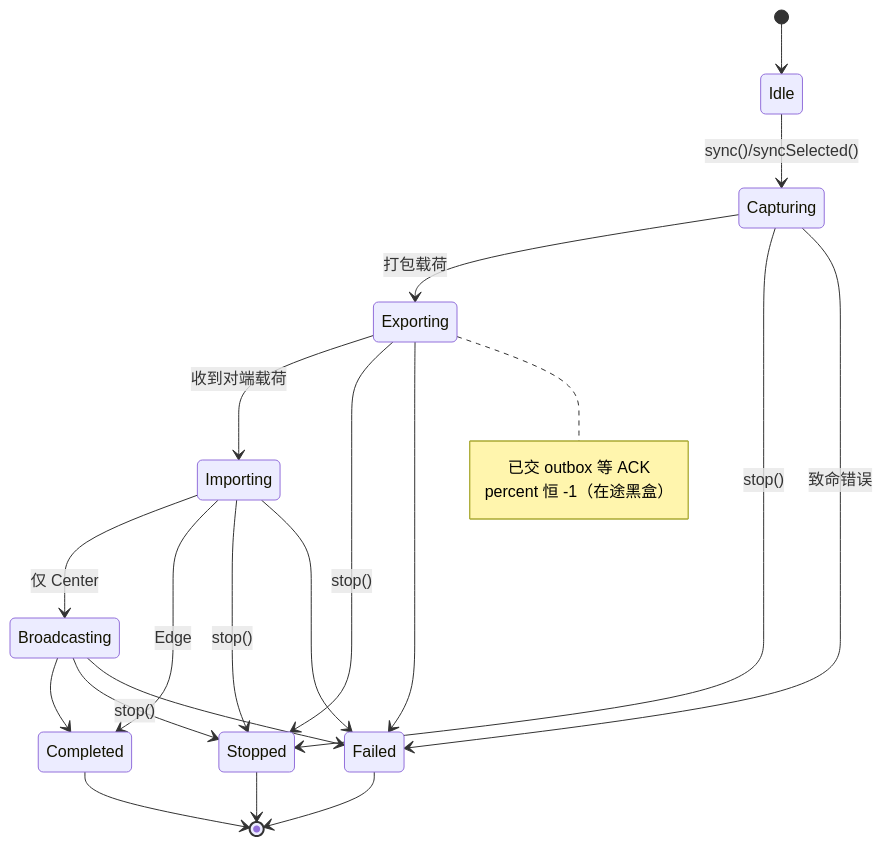
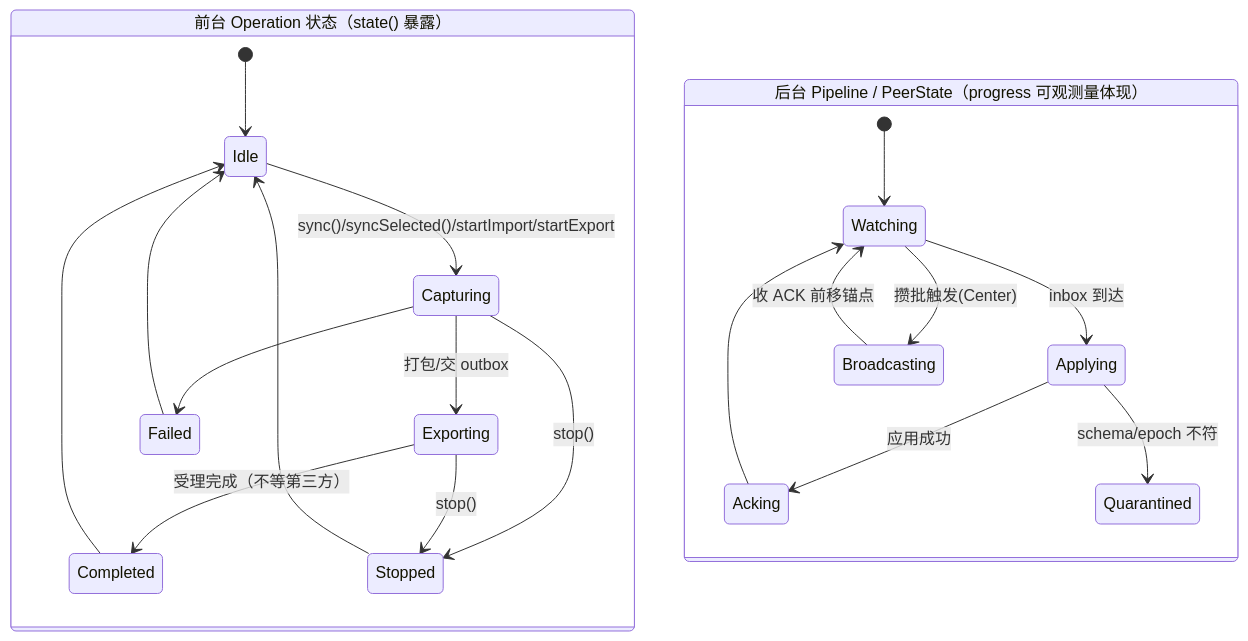
The fifth of 12 diagrams in specs/SQLite-同步工具-设计文档.md (055liufl/excelproject), drawn with Mermaid before and after one commit. The commit also changed other lines of this file, not shown here.

````diff
--- a/specs/SQLite-同步工具-设计文档.md
+++ b/specs/SQLite-同步工具-设计文档.md
@@ -639,25 +657,24 @@
 ```mermaid
 stateDiagram-v2
-    [*] --> Idle
-    Idle --> Capturing: sync()/syncSelected()
-    Capturing --> Exporting: 打包载荷
-    Exporting --> Importing: 收到对端载荷
-    Importing --> Broadcasting: 仅 Center
-    Importing --> Completed: Edge
-    Broadcasting --> Completed
-    Capturing --> Stopped: stop()
-    Exporting --> Stopped: stop()
-    Importing --> Stopped: stop()
-    Broadcasting --> Stopped: stop()
-    Capturing --> Failed: 致命错误
-    Exporting --> Failed
-    Importing --> Failed
-    Broadcasting --> Failed
-    Completed --> [*]
-    Stopped --> [*]
-    Failed --> [*]
-    note right of Exporting
-        已交 outbox 等 ACK
-        percent 恒 -1（在途黑盒）
-    end note
+    state "前台 Operation 状态（state() 暴露）" as FG {
+        [*] --> Idle
+        Idle --> Capturing: sync()/syncSelected()/startImport/startExport
+        Capturing --> Exporting: 打包/交 outbox
+        Exporting --> Completed: 受理完成（不等第三方）
+        Capturing --> Stopped: stop()
+        Exporting --> Stopped: stop()
+        Capturing --> Failed
+        Completed --> Idle
+        Stopped --> Idle
+        Failed --> Idle
+    }
+    state "后台 Pipeline / PeerState（progress 可观测量体现）" as BG {
+        [*] --> Watching
+        Watching --> Applying: inbox 到达
+        Applying --> Acking: 应用成功
+        Acking --> Watching
+        Applying --> Quarantined: schema/epoch 不符
+        Watching --> Broadcasting: 攒批触发(Center)
+        Broadcasting --> Watching: 收 ACK 前移锚点
+    }
 ```
````
